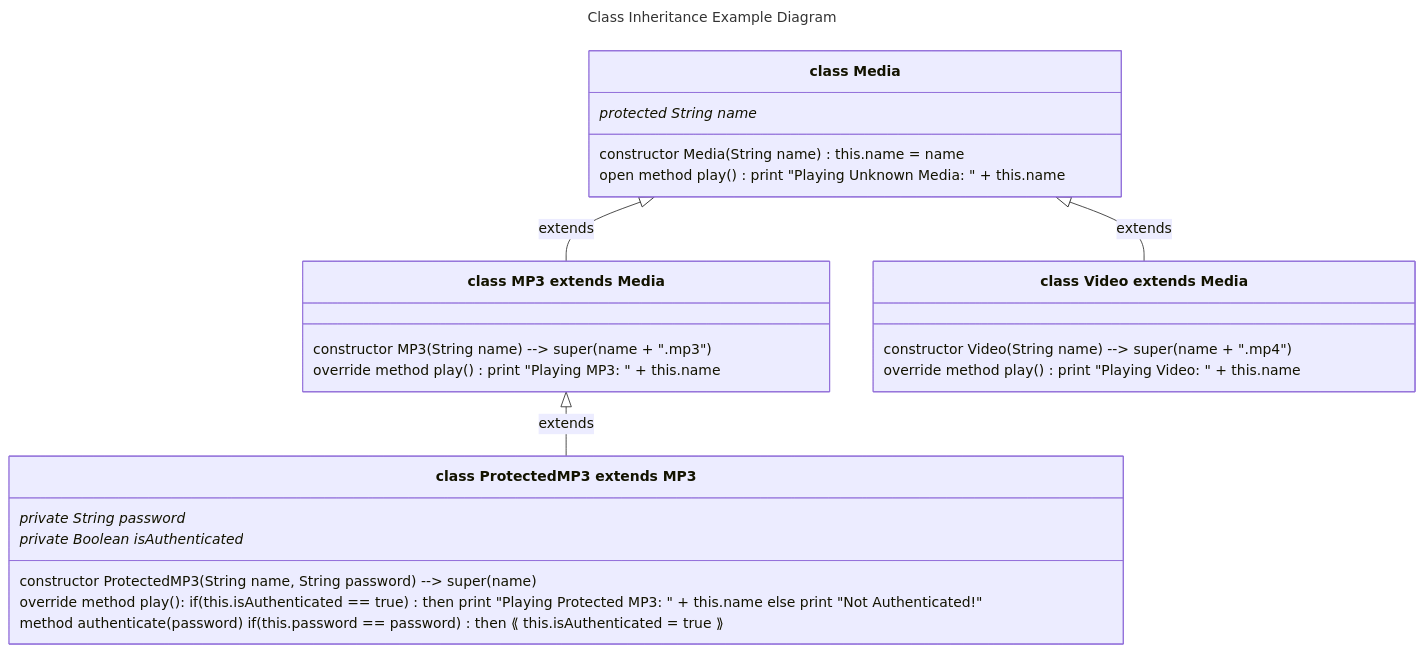
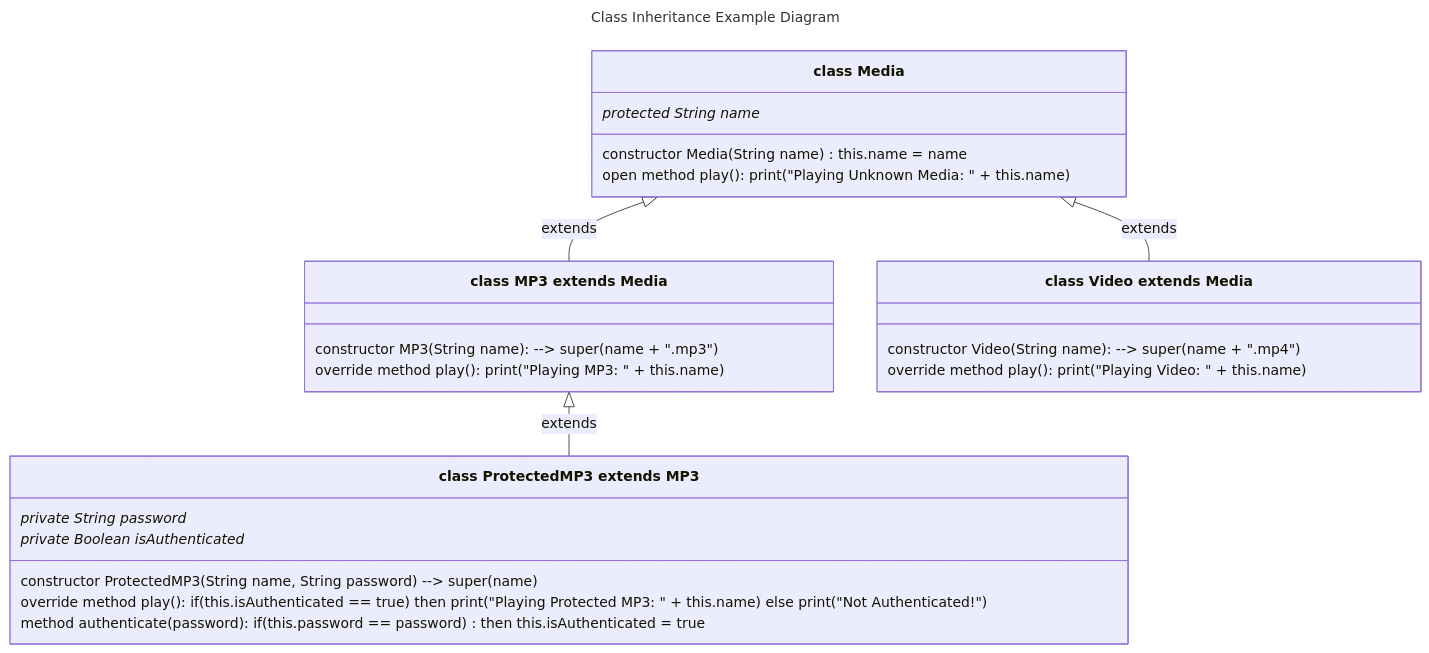
The fifth of 8 diagrams in 09-ClassOrientedProgramming.md (realityexpander/How_to_program_from_ground_up), drawn with Mermaid before and after one commit.

Commit message:
improve diagram

````diff
--- a/09-ClassOrientedProgramming.md
+++ b/09-ClassOrientedProgramming.md
@@ -509,34 +509,34 @@
     ```mermaid
     ---
     title: Class Inheritance Example Diagram
       
     ---
     classDiagram
     direction TB
     Media <|-- MP3 : extends
     Media <|-- Video : extends
     MP3 <|-- ProtectedMP3 : extends      
       
     class Media["class Media"] {
        protected String name*
     
        constructor Media(String name) this.name = name
-       open method play() print "Playing Unknown Media: " + this.name
+       open method play(): print("Playing Unknown Media: " + this.name)
     }
     class MP3["class MP3 extends Media"] {
-       constructor MP3(String name) --> super(name + ".mp3")
-       override method play() print "Playing MP3: " + this.name
+       constructor MP3(String name): --> super(name + ".mp3")
+       override method play(): print("Playing MP3: " + this.name)
     }
     class Video["class Video extends Media"] {
-       constructor Video(String name) --> super(name + ".mp4")
-       override method play() print "Playing Video: " + this.name
+       constructor Video(String name): --> super(name + ".mp4")
+       override method play(): print("Playing Video: " + this.name)
     }
     class ProtectedMP3["class ProtectedMP3 extends MP3"] {
        private String password*
        private Boolean isAuthenticated*
        
        constructor ProtectedMP3(String name, String password) --> super(name)
-       override method play(): if(this.isAuthenticated == true) then print "Playing Protected MP3: " + this.name else print "Not Authenticated!"
-       method authenticate(password) if(this.password == password) then ⟪ this.isAuthenticated = true ⟫ 
+       override method play(): if(this.isAuthenticated == true) then print("Playing Protected MP3: " + this.name) else print("Not Authenticated!")
+       method authenticate(password): if(this.password == password) then this.isAuthenticated = true 
     }
     ```
````
